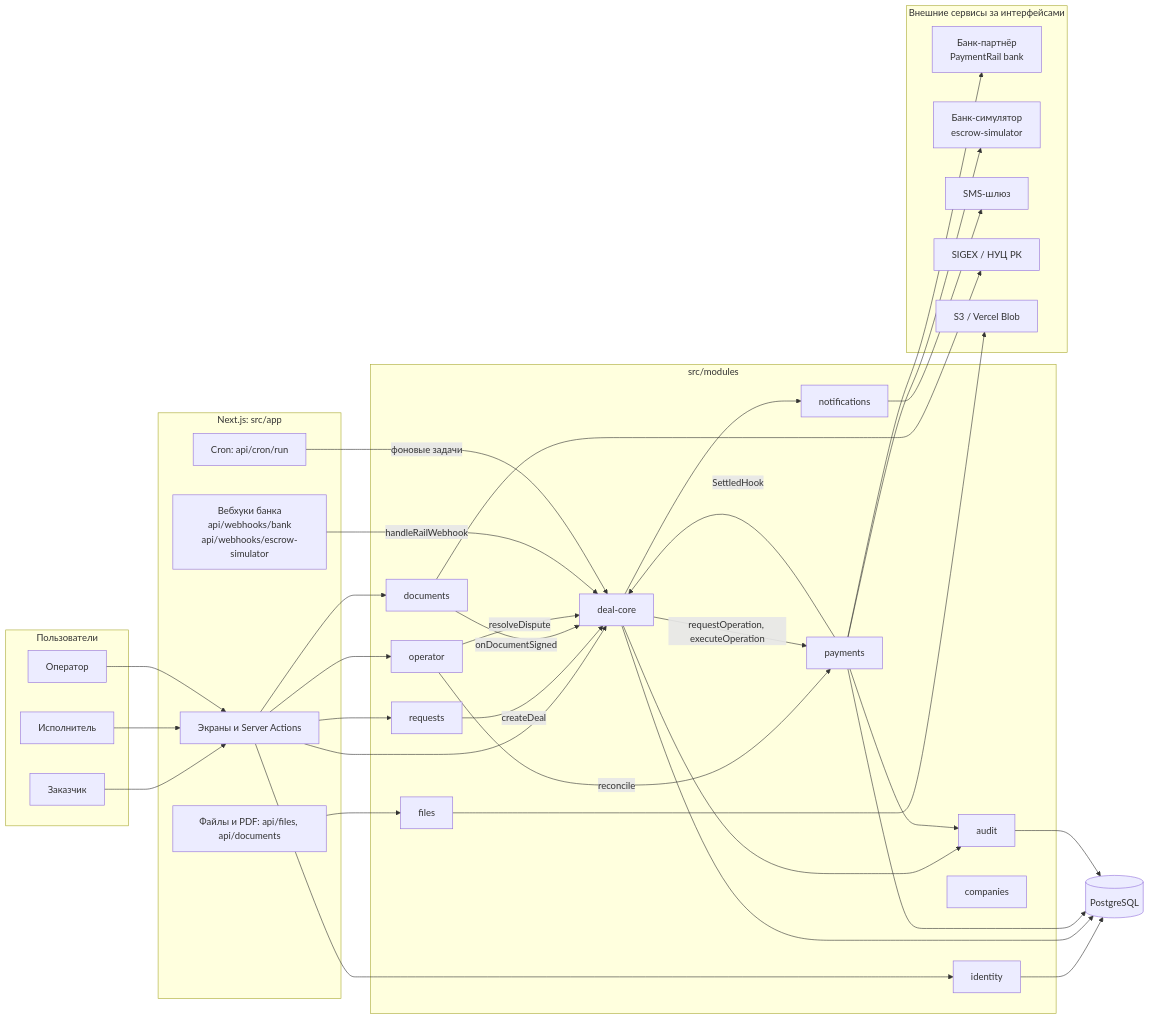
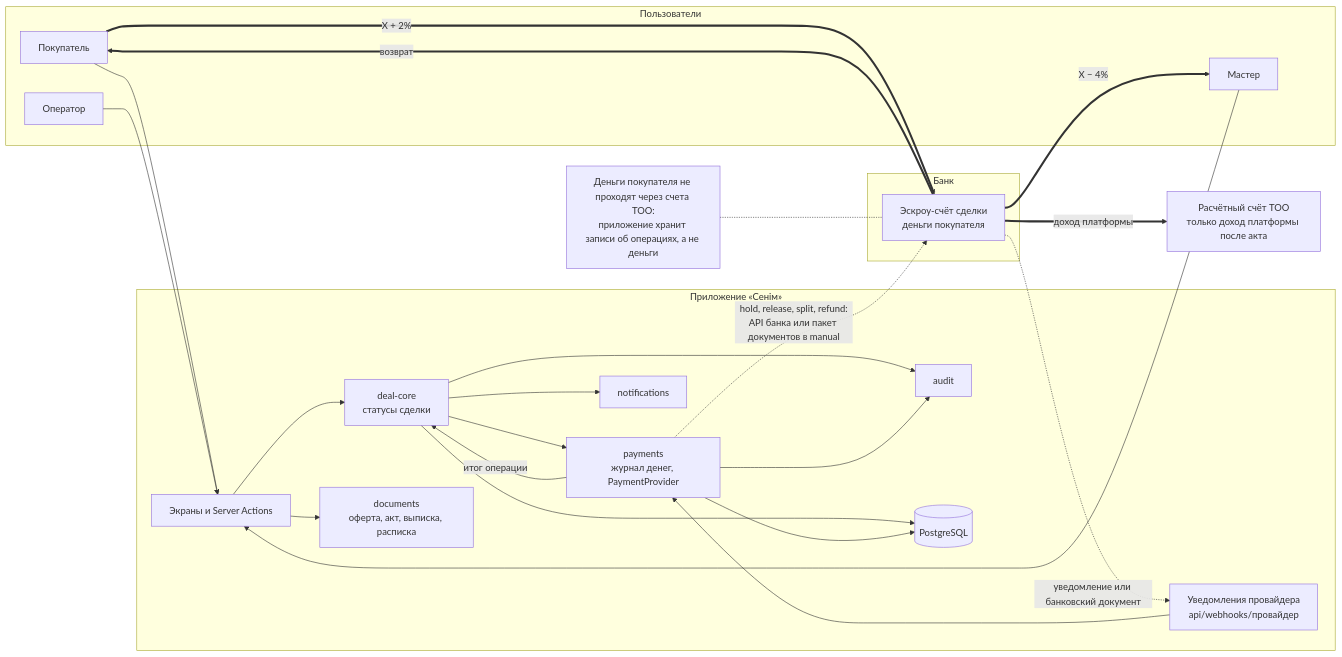
The first of 2 diagrams in docs/bank/02-architecture.md (CemeteryPlaya/senim-platform), drawn with Mermaid before and after one commit. The commit also changed other lines of this file and 2 other files, not shown here.

First line of the commit message:
docs(bank): обзор, архитектура и безопасность под ТЗ v1.0

````diff
--- a/docs/bank/02-architecture.md
+++ b/docs/bank/02-architecture.md
@@ -59,68 +59,47 @@
 ```mermaid
 flowchart LR
-  subgraph Clients["Пользователи"]
-    C["Заказчик"]
-    E["Исполнитель"]
+  subgraph Users["Пользователи"]
+    C["Покупатель"]
+    M["Мастер"]
     O["Оператор"]
   end
 
-  subgraph App["Next.js: src/app"]
+  subgraph App["Приложение «Сенім»"]
     UI["Экраны и Server Actions"]
-    WH["Вебхуки банка<br/>api/webhooks/bank<br/>api/webhooks/escrow-simulator"]
-    CR["Cron: api/cron/run"]
-    FL["Файлы и PDF: api/files, api/documents"]
+    WH["Уведомления провайдера<br/>api/webhooks/провайдер"]
+    DC["deal-core<br/>статусы сделки"]
+    PM["payments<br/>журнал денег, PaymentProvider"]
+    DO["documents<br/>оферта, акт, выписка, расписка"]
+    AU["audit"]
+    NO["notifications"]
+    DB[("PostgreSQL")]
   end
 
-  subgraph Modules["src/modules"]
-    ID["identity"]
-    CO["companies"]
-    RQ["requests"]
-    DC["deal-core"]
-    PM["payments"]
-    DO["documents"]
-    FI["files"]
-    NO["notifications"]
-    OP["operator"]
-    AU["audit"]
+  subgraph Bank["Банк"]
+    ESC["Эскроу-счёт сделки<br/>деньги покупателя"]
   end
 
-  subgraph Ext["Внешние сервисы за интерфейсами"]
-    BANK["Банк-партнёр<br/>PaymentRail bank"]
-    SIM["Банк-симулятор<br/>escrow-simulator"]
-    SMS["SMS-шлюз"]
-    SIG["SIGEX / НУЦ РК"]
-    ST["S3 / Vercel Blob"]
-  end
-
-  DB[("PostgreSQL")]
+  TOO["Расчётный счёт ТОО<br/>только доход платформы после акта"]
+  RULE["Деньги покупателя не проходят через счета ТОО:<br/>приложение хранит записи об операциях, а не деньги"]
 
   C --> UI
-  E --> UI
+  M --> UI
   O --> UI
-  UI --> ID
-  UI --> RQ
   UI --> DC
   UI --> DO
-  UI --> OP
-  RQ -->|"createDeal"| DC
-  DO -->|"onDocumentSigned"| DC
-  OP -->|"resolveDispute"| DC
-  OP -->|"reconcile"| PM
-  DC -->|"requestOperation, executeOperation"| PM
-  PM -->|"SettledHook"| DC
-  DC --> NO
+  DC --> PM
+  PM -->|"итог операции"| DC
   DC --> AU
   PM --> AU
-  PM --> BANK
-  PM --> SIM
-  WH -->|"handleRailWebhook"| DC
-  CR -->|"фоновые задачи"| DC
-  NO --> SMS
-  DO --> SIG
-  FI --> ST
-  FL --> FI
-  ID --> DB
+  DC --> NO
   DC --> DB
   PM --> DB
-  AU --> DB
+  PM -.->|"hold, release, split, refund:<br/>API банка или пакет документов в manual"| ESC
+  ESC -.->|"уведомление или банковский документ"| WH
+  WH --> PM
+  C ==>|"X + 2%"| ESC
+  ESC ==>|"X − 4%"| M
+  ESC ==>|"доход платформы"| TOO
+  ESC ==>|"возврат"| C
+  RULE -.- ESC
 ```
````
